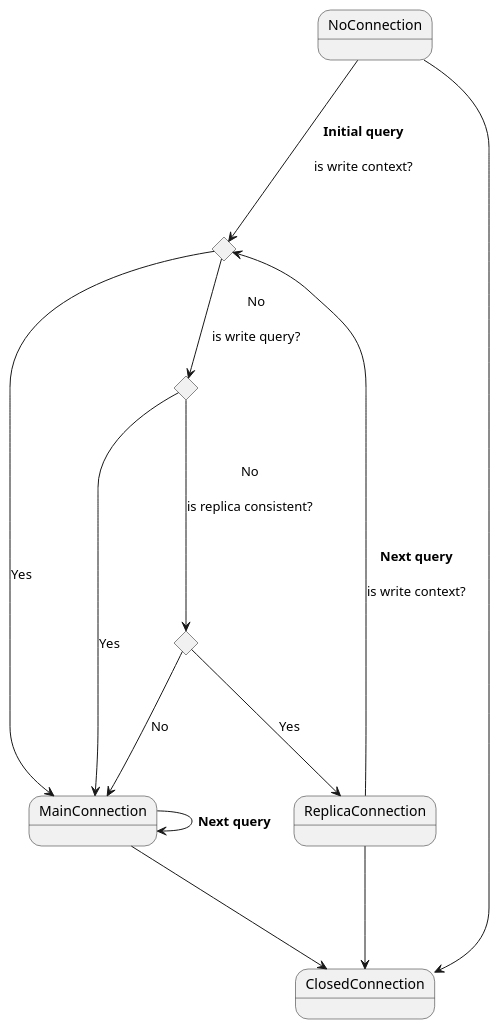
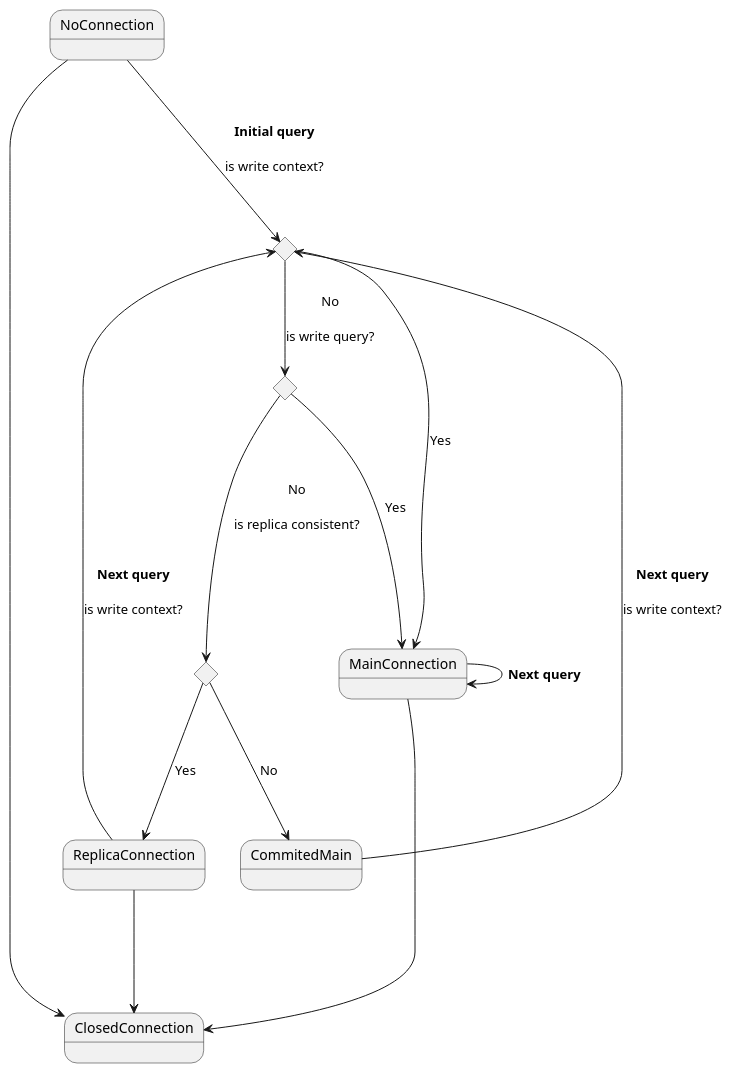
Before and after one commit to atlassian-labs/db-replica: the diagram in docs/dual-connection-states.puml, drawn with PlantUML. The commit also changed 9 other files, not shown here.

```diff
--- a/docs/dual-connection-states.puml
+++ b/docs/dual-connection-states.puml
@@ -1,24 +1,25 @@
 @startuml
 state isWriteContext <<choice>>
 state isWriteQuery <<choice>>
 state isReplicaConsistent <<choice>>
 
 
 NoConnection   ---> isWriteContext : **Initial query**\n\nis write context?
 isWriteContext ---> MainConnection   : Yes
 
 isWriteContext --> isWriteQuery : No\n\nis write query?
 isWriteQuery ---> MainConnection : Yes
 isWriteQuery ---> isReplicaConsistent: No\n\nis replica consistent?
 
 isReplicaConsistent ---> ReplicaConnection : Yes
-isReplicaConsistent ---> MainConnection : No
+isReplicaConsistent ---> CommitedMain : No
+CommitedMain ---> isWriteContext : **Next query**\n\nis write context?
 
 MainConnection ---> MainConnection : **Next query**
 ReplicaConnection ---> isWriteContext : **Next query**\n\nis write context?
 
 NoConnection ---> ClosedConnection
 MainConnection ---> ClosedConnection
 ReplicaConnection ---> ClosedConnection
 
 @enduml
```
